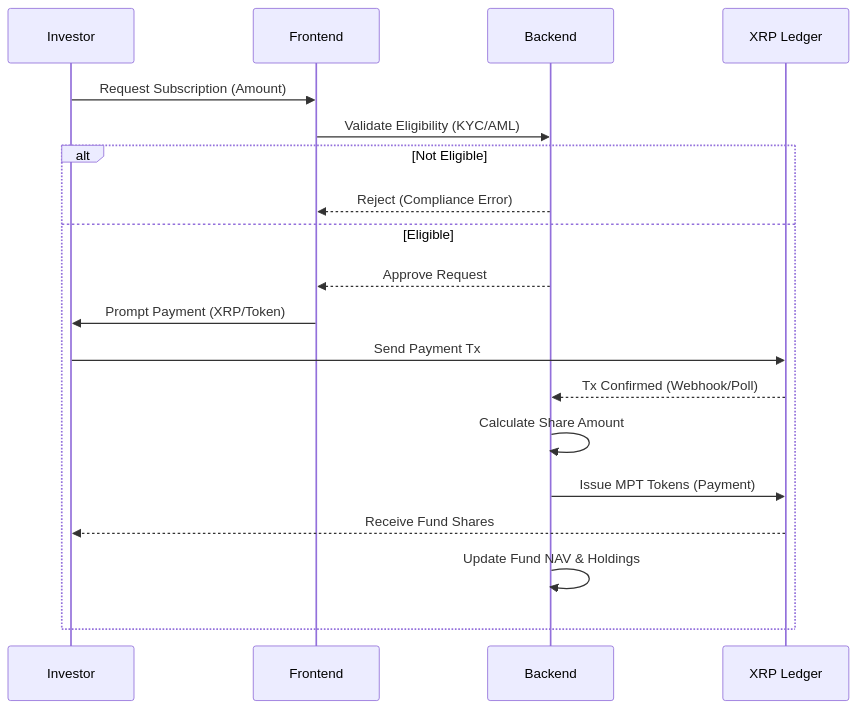
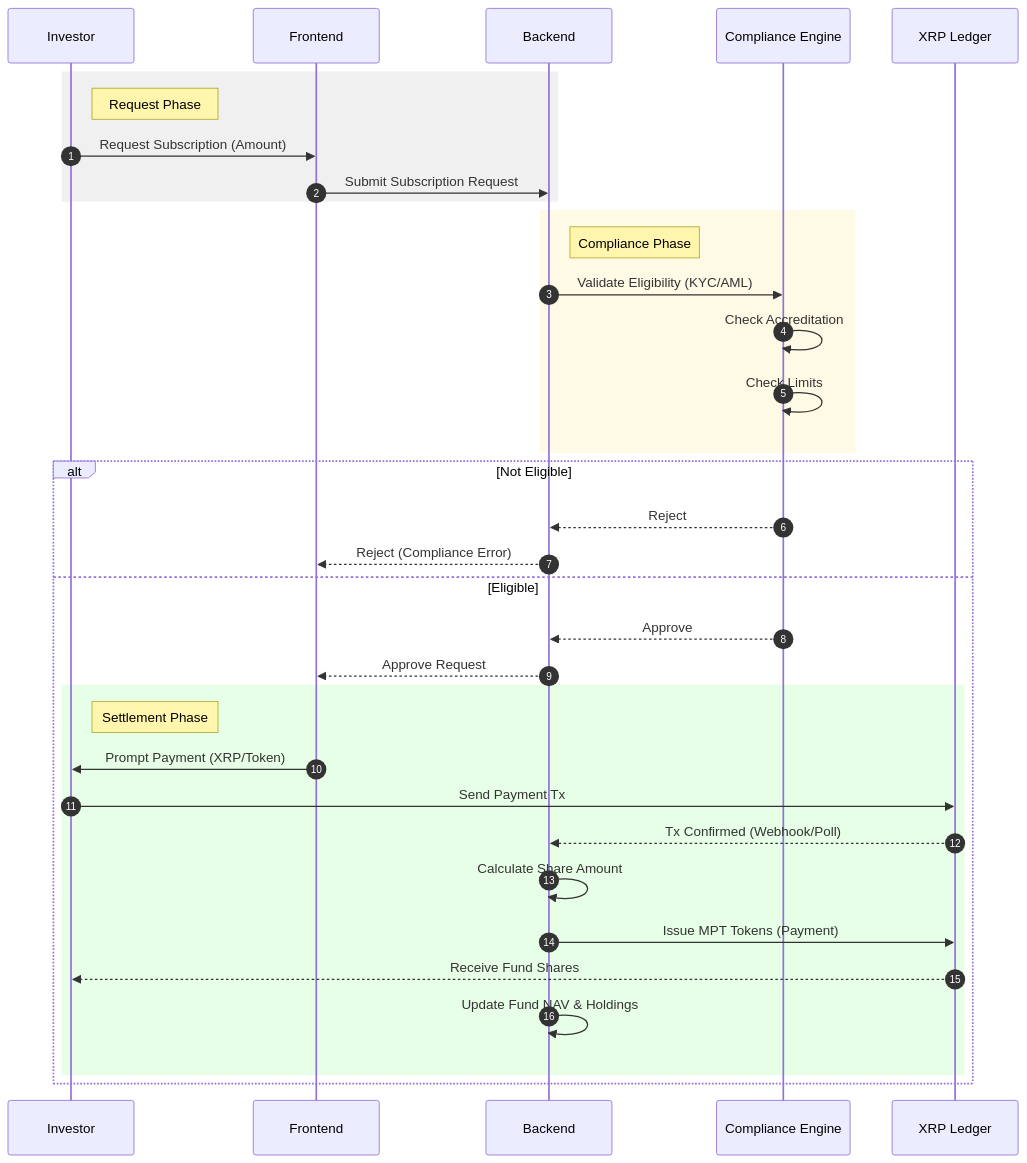
The fifth of 17 diagrams in README.md (MrDecryptDecipher/xrpl-institutional-fund-management), drawn with Mermaid before and after one commit. The commit also changed other lines of this file, not shown here.

Commit message:
docs: enhance mermaid diagrams with color and detail

````diff
--- a/README.md
+++ b/README.md
@@ -158,22 +250,41 @@
 ```mermaid
 sequenceDiagram
+    autonumber
     participant Inv as Investor
     participant UI as Frontend
     participant API as Backend
+    participant Compliance as Compliance Engine
     participant XRPL as XRP Ledger
 
+    rect rgb(240, 240, 240)
+    Note right of Inv: Request Phase
     Inv->>UI: Request Subscription (Amount)
-    UI->>API: Validate Eligibility (KYC/AML)
+    UI->>API: Submit Subscription Request
+    end
+
+    rect rgb(255, 250, 230)
+    Note right of API: Compliance Phase
+    API->>Compliance: Validate Eligibility (KYC/AML)
+    Compliance->>Compliance: Check Accreditation
+    Compliance->>Compliance: Check Limits
+    end
+
     alt Not Eligible
+        Compliance-->>API: Reject
         API-->>UI: Reject (Compliance Error)
     else Eligible
+        Compliance-->>API: Approve
         API-->>UI: Approve Request
+        
+        rect rgb(230, 255, 230)
+        Note right of Inv: Settlement Phase
         UI->>Inv: Prompt Payment (XRP/Token)
         Inv->>XRPL: Send Payment Tx
         XRPL-->>API: Tx Confirmed (Webhook/Poll)
         API->>API: Calculate Share Amount
         API->>XRPL: Issue MPT Tokens (Payment)
         XRPL-->>Inv: Receive Fund Shares
         API->>API: Update Fund NAV & Holdings
+        end
     end
 ```
````
